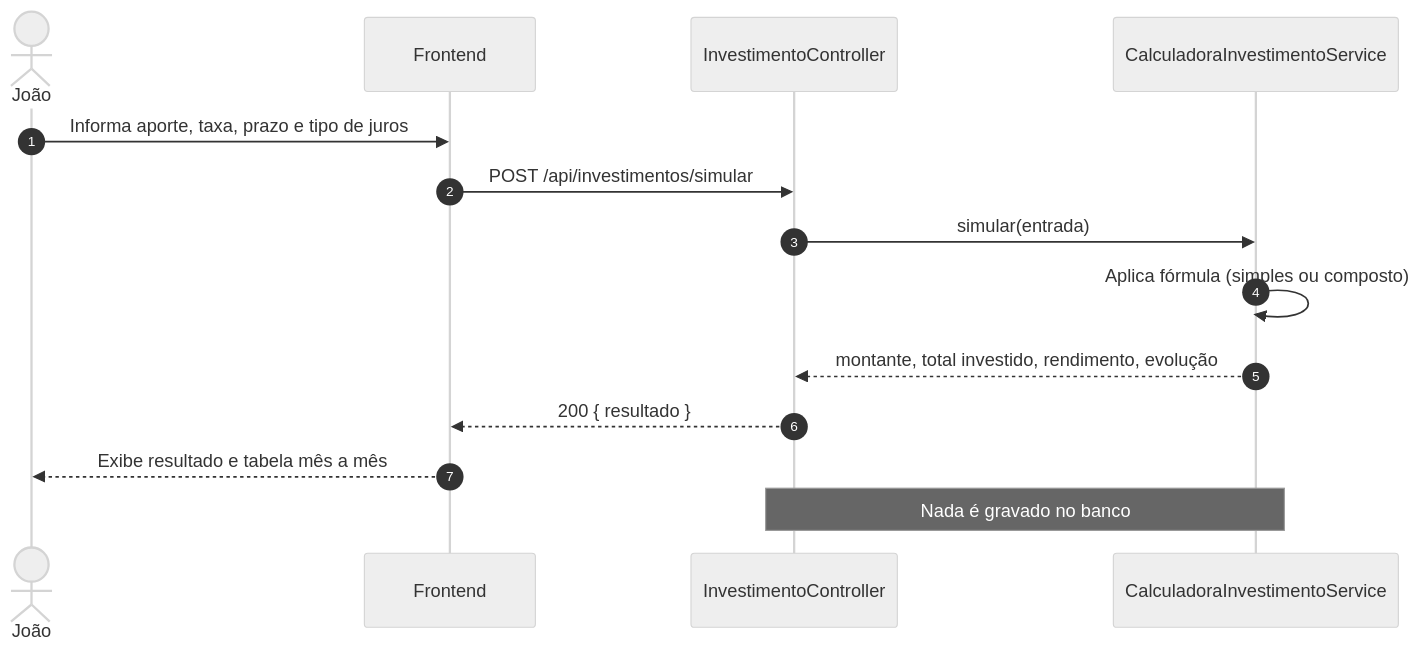
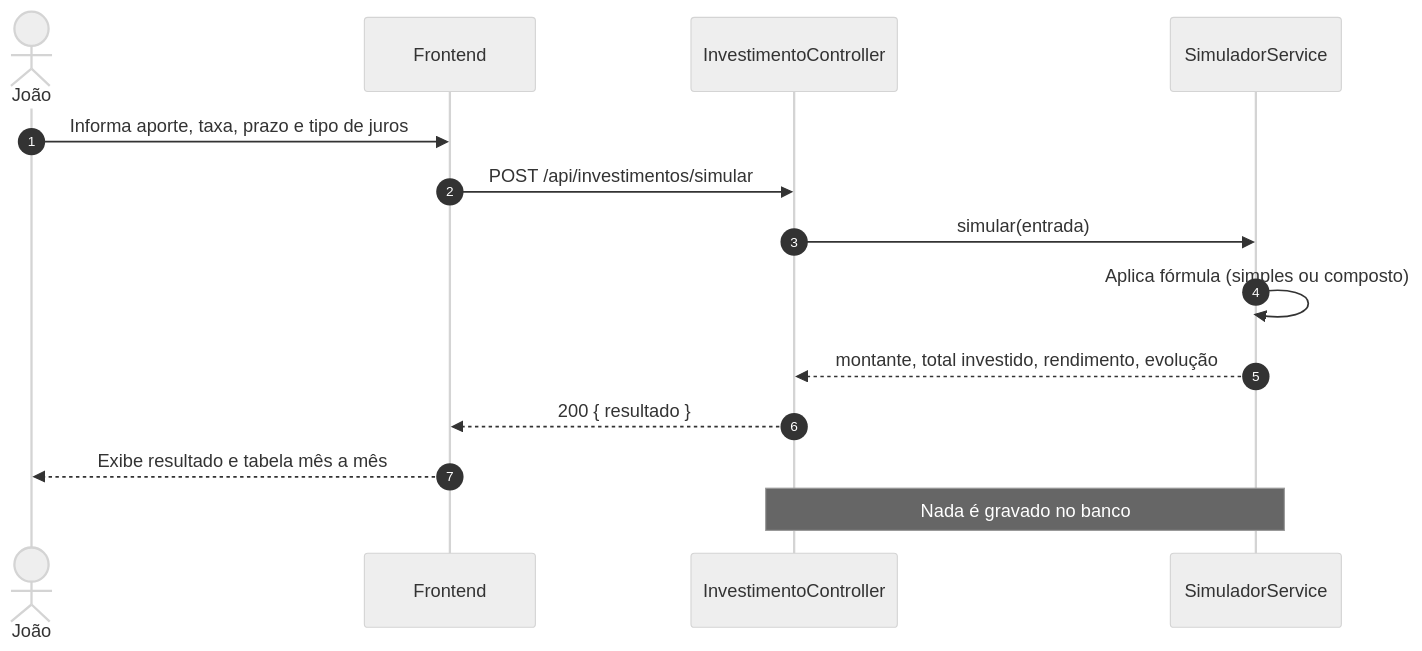
The fifth of 12 diagrams in docs/05-diagramas.md (jmarcosvm/IFO-Organizador-Financeiro), drawn with Mermaid (neutral theme) before and after one commit. The commit also changed other lines of this file and 10 other files, not shown here.

Commit message:
docs: renomeia calculadora para simulador (ADR-015) e marca itens da R4

````diff
--- a/docs/05-diagramas.md
+++ b/docs/05-diagramas.md
@@ -234,17 +234,17 @@
 ```mermaid
 sequenceDiagram
     autonumber
     actor J as João
     participant FE as Frontend
     participant IC as InvestimentoController
-    participant CS as CalculadoraInvestimentoService
+    participant SS as SimuladorService
 
     J->>FE: Informa aporte, taxa, prazo e tipo de juros
     FE->>IC: POST /api/investimentos/simular
-    IC->>CS: simular(entrada)
-    CS->>CS: Aplica fórmula (simples ou composto)
-    CS-->>IC: montante, total investido, rendimento, evolução
+    IC->>SS: simular(entrada)
+    SS->>SS: Aplica fórmula (simples ou composto)
+    SS-->>IC: montante, total investido, rendimento, evolução
     IC-->>FE: 200 { resultado }
     FE-->>J: Exibe resultado e tabela mês a mês
-    Note over IC,CS: Nada é gravado no banco
+    Note over IC,SS: Nada é gravado no banco
 ```
````
